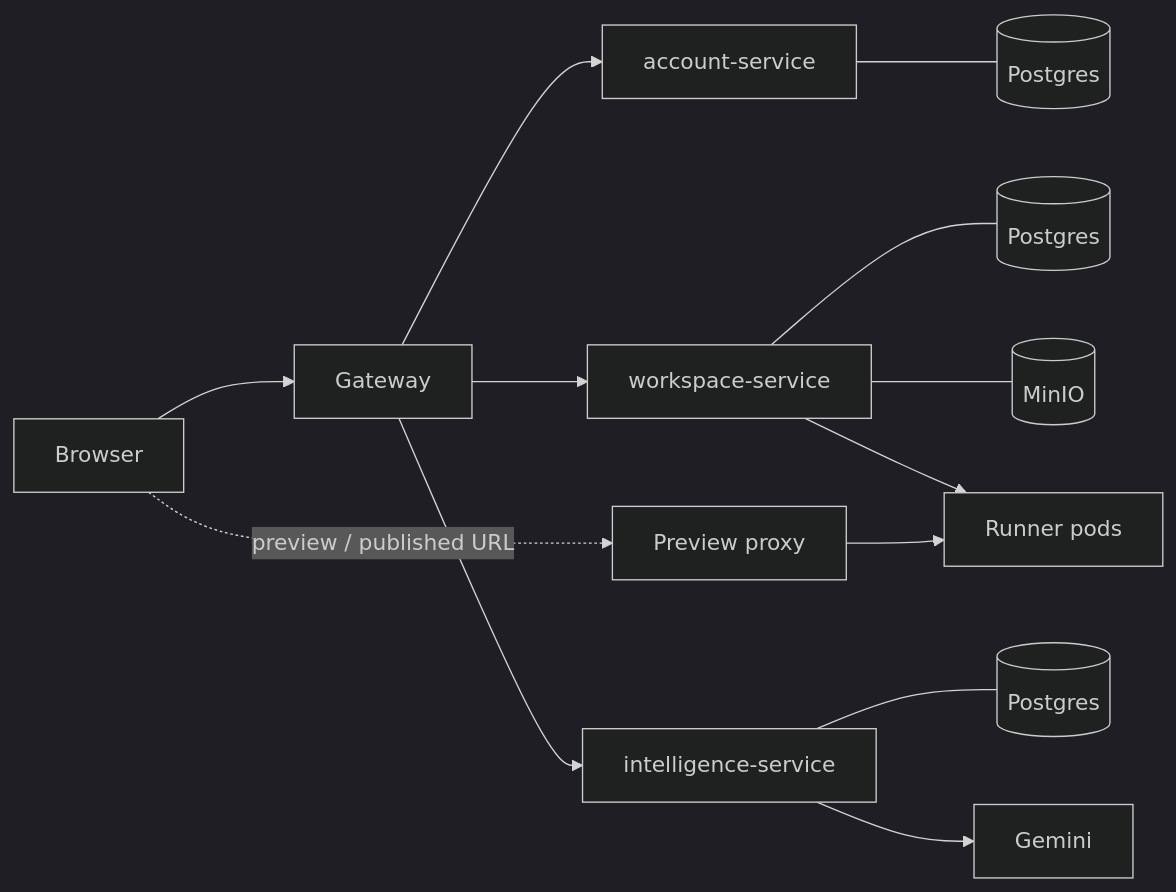
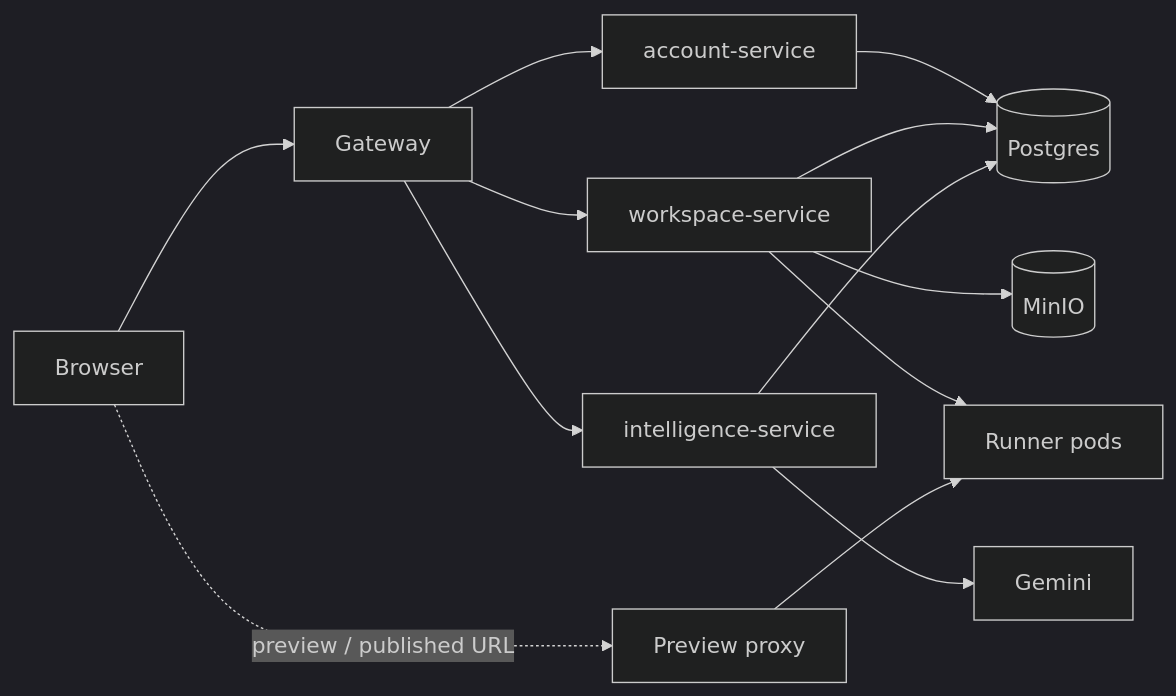
One commit to Divyanshu2805/singularity changed the first of 2 diagrams in README.md. Above: the diagram before and after it, drawn with Mermaid (dark theme). The commit also changed other lines of this file and 8 other files, not shown here.

Commit message:
docs: fix mermaid diagrams and expand README

````diff
--- a/README.md
+++ b/README.md
@@ -62,15 +73,15 @@
 ```mermaid
 flowchart LR
-    B[Browser] --> G[Gateway]
-    G --> A[account-service]
-    G --> W[workspace-service]
-    G --> I[intelligence-service]
-    A --- ADB[(Postgres)]
-    W --- WDB[(Postgres)]
-    I --- IDB[(Postgres)]
-    W --- M[(MinIO)]
-    I --> LLM[Gemini]
-    W --> K8s[Runner pods]
-    P[Preview proxy] --> K8s
-    B -. preview / published URL .-> P
+    B["Browser"] --> G["Gateway"]
+    G --> A["account-service"]
+    G --> W["workspace-service"]
+    G --> I["intelligence-service"]
+    A --> DB[("Postgres")]
+    W --> DB
+    I --> DB
+    W --> M[("MinIO")]
+    I --> LLM["Gemini"]
+    W --> RP["Runner pods"]
+    B -. "preview / published URL" .-> P["Preview proxy"]
+    P --> RP
 ```
````
